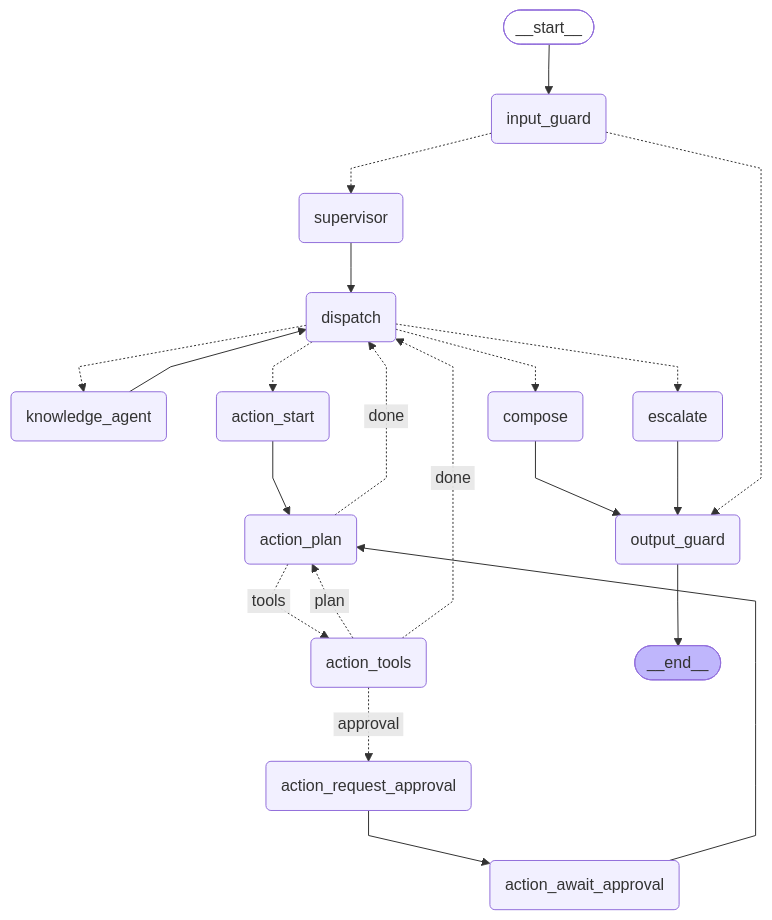
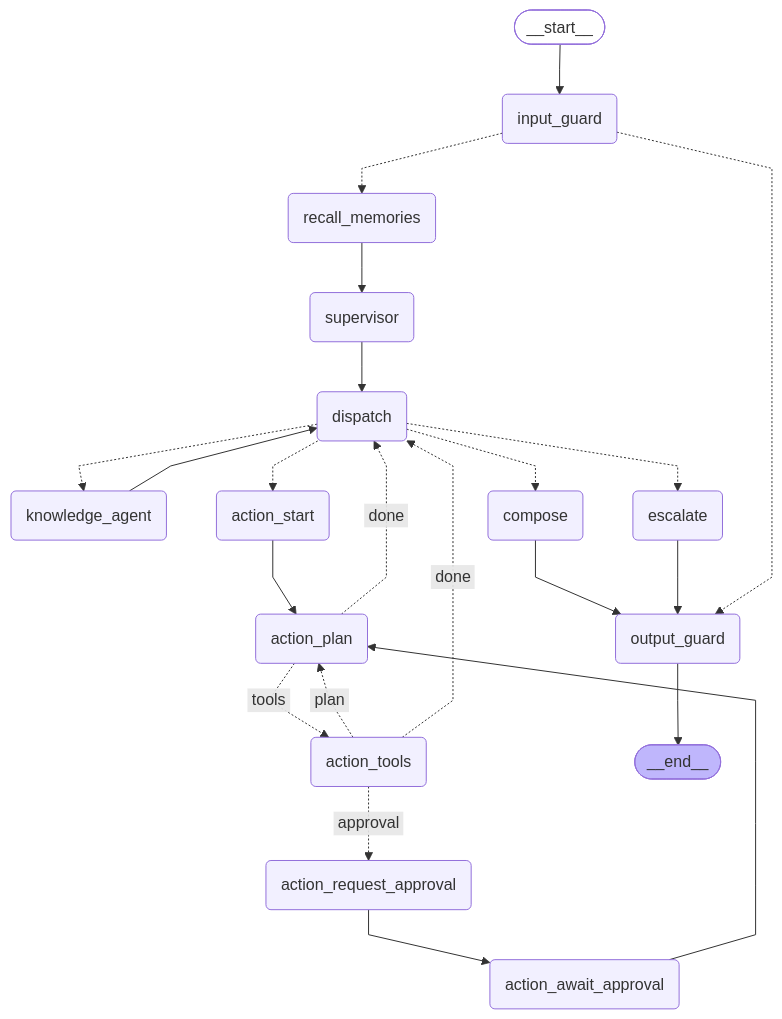
The third of 4 diagrams in docs/architecture.md (bartuonder/Mabeyn), drawn with Mermaid before and after one commit. The commit also changed other lines of this file and 9 other files, not shown here.

Commit message:
feat(agents): add the recall_memories node and pass notes and summaries to the agents

````diff
--- a/docs/architecture.md
+++ b/docs/architecture.md
@@ -95,45 +95,47 @@
 ```mermaid
 ---
 config:
   flowchart:
     curve: linear
 ---
 graph TD;
 	__start__([<p>__start__</p>]):::first
 	input_guard(input_guard)
+	recall_memories(recall_memories)
 	supervisor(supervisor)
 	dispatch(dispatch)
 	knowledge_agent(knowledge_agent)
 	action_start(action_start)
 	action_plan(action_plan)
 	action_tools(action_tools)
 	action_request_approval(action_request_approval)
 	action_await_approval(action_await_approval)
 	escalate(escalate)
 	compose(compose)
 	output_guard(output_guard)
 	__end__([<p>__end__</p>]):::last
 	__start__ --> input_guard;
 	action_await_approval --> action_plan;
 	action_plan -. &nbsp;tools&nbsp; .-> action_tools;
 	action_plan -. &nbsp;done&nbsp; .-> dispatch;
 	action_request_approval --> action_await_approval;
 	action_start --> action_plan;
 	action_tools -. &nbsp;plan&nbsp; .-> action_plan;
 	action_tools -. &nbsp;approval&nbsp; .-> action_request_approval;
 	action_tools -. &nbsp;done&nbsp; .-> dispatch;
 	compose --> output_guard;
 	dispatch -.-> action_start;
 	dispatch -.-> compose;
 	dispatch -.-> escalate;
 	dispatch -.-> knowledge_agent;
 	escalate --> output_guard;
 	input_guard -.-> output_guard;
-	input_guard -.-> supervisor;
+	input_guard -.-> recall_memories;
 	knowledge_agent --> dispatch;
+	recall_memories --> supervisor;
 	supervisor --> dispatch;
 	output_guard --> __end__;
 	classDef default fill:#f2f0ff,line-height:1.2
 	classDef first fill-opacity:0
 	classDef last fill:#bfb6fc
 ```
````
